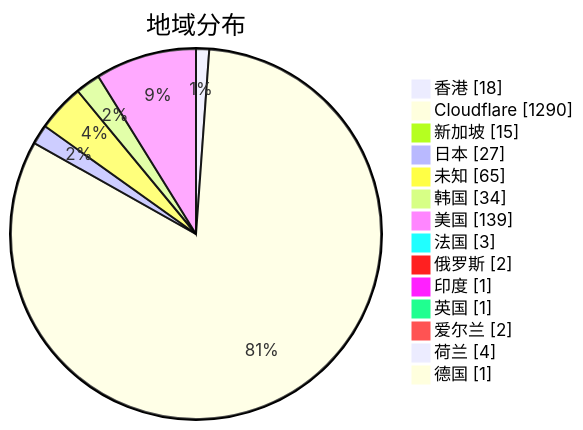
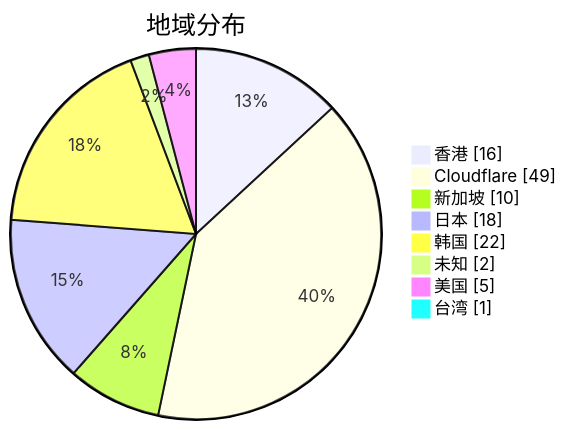
Before and after one commit to qjlxg/airport: the second of 3 diagrams in subs/statistics/tested_within.md, drawn with Mermaid. The commit also changed other lines of this file and 2 other files, not shown here.

````diff
--- a/subs/statistics/tested_within.md
+++ b/subs/statistics/tested_within.md
@@ -26,18 +11,12 @@
 ```mermaid
 pie showData
 title 地域分布
-"香港" : 18
-"Cloudflare" : 1290
-"新加坡" : 15
-"日本" : 27
-"未知" : 65
-"韩国" : 34
-"美国" : 139
-"法国" : 3
-"俄罗斯" : 2
-"印度" : 1
-"英国" : 1
-"爱尔兰" : 2
-"荷兰" : 4
-"德国" : 1
+"香港" : 16
+"Cloudflare" : 49
+"新加坡" : 10
+"日本" : 18
+"韩国" : 22
+"未知" : 2
+"美国" : 5
+"台湾" : 1
 ```
````
